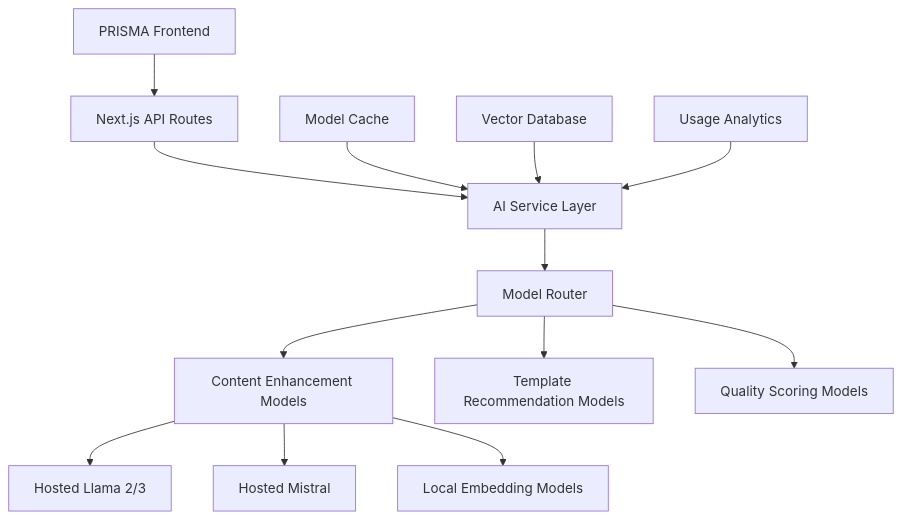
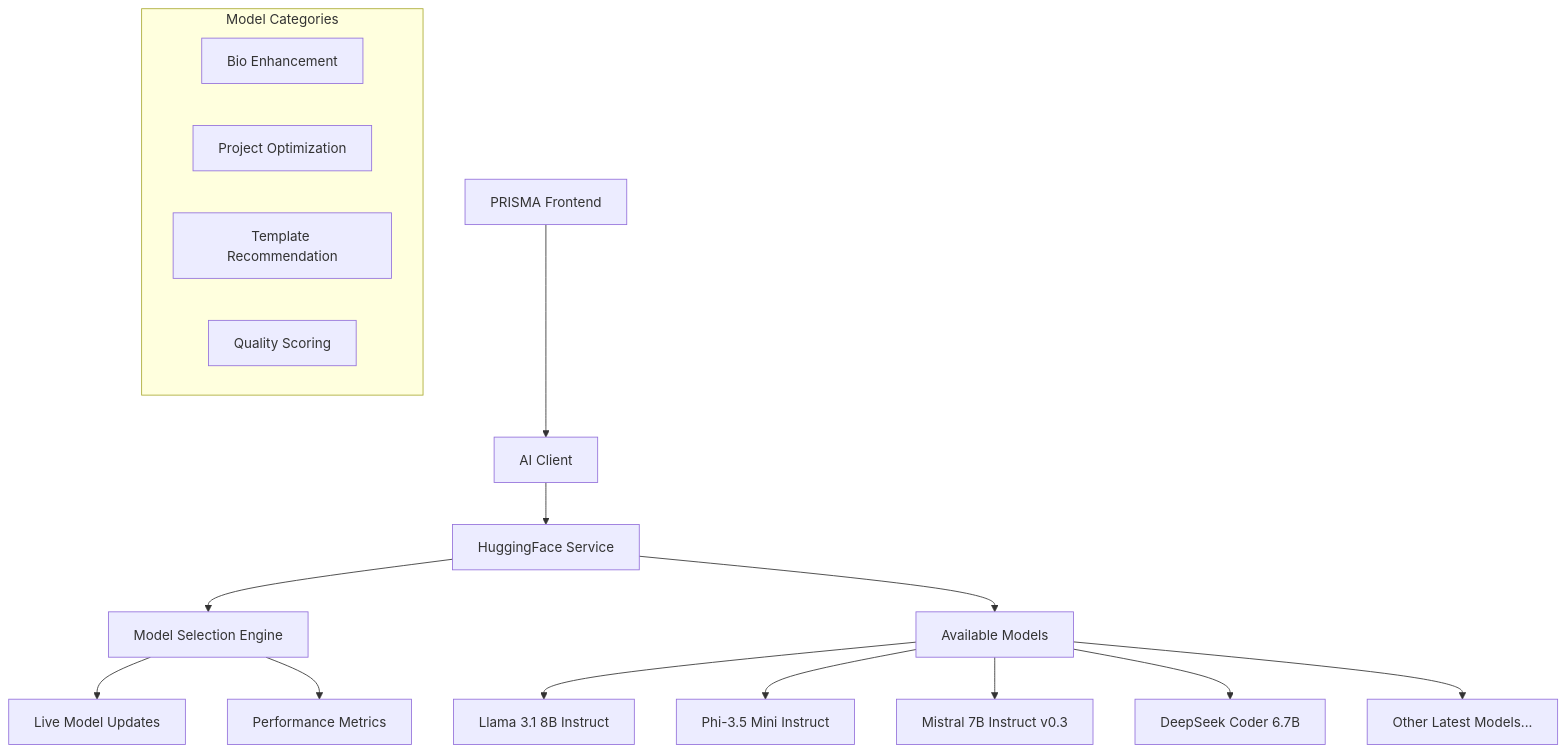
The diagram in docs/AI_ARCHITECTURE.md (madfam-io/ai-portfolio-builder), drawn with Mermaid before and after one commit. The commit also changed other lines of this file and 29 other files, not shown here.

````diff
--- a/docs/AI_ARCHITECTURE.md
+++ b/docs/AI_ARCHITECTURE.md
@@ -17,18 +20,23 @@
 ```mermaid
 graph TB
-    A[PRISMA Frontend] --> B[Next.js API Routes]
-    B --> C[AI Service Layer]
-    C --> D[Model Router]
-    
-    D --> E[Content Enhancement Models]
-    D --> F[Template Recommendation Models]
-    D --> G[Quality Scoring Models]
-    
-    E --> H[Hosted Llama 2/3]
-    E --> I[Hosted Mistral]
-    E --> J[Local Embedding Models]
-    
-    K[Model Cache] --> C
-    L[Vector Database] --> C
-    M[Usage Analytics] --> C
+    A[PRISMA Frontend] --> B[AI Client]
+    B --> C[HuggingFace Service]
+
+    C --> D[Model Selection Engine]
+    D --> E[Live Model Updates]
+    D --> F[Performance Metrics]
+
+    C --> G[Available Models]
+    G --> H[Llama 3.1 8B Instruct]
+    G --> I[Phi-3.5 Mini Instruct]
+    G --> J[Mistral 7B Instruct v0.3]
+    G --> K[DeepSeek Coder 6.7B]
+    G --> L[Other Latest Models...]
+
+    subgraph "Model Categories"
+        M[Bio Enhancement]
+        N[Project Optimization]
+        O[Template Recommendation]
+        P[Quality Scoring]
+    end
 ```
````
